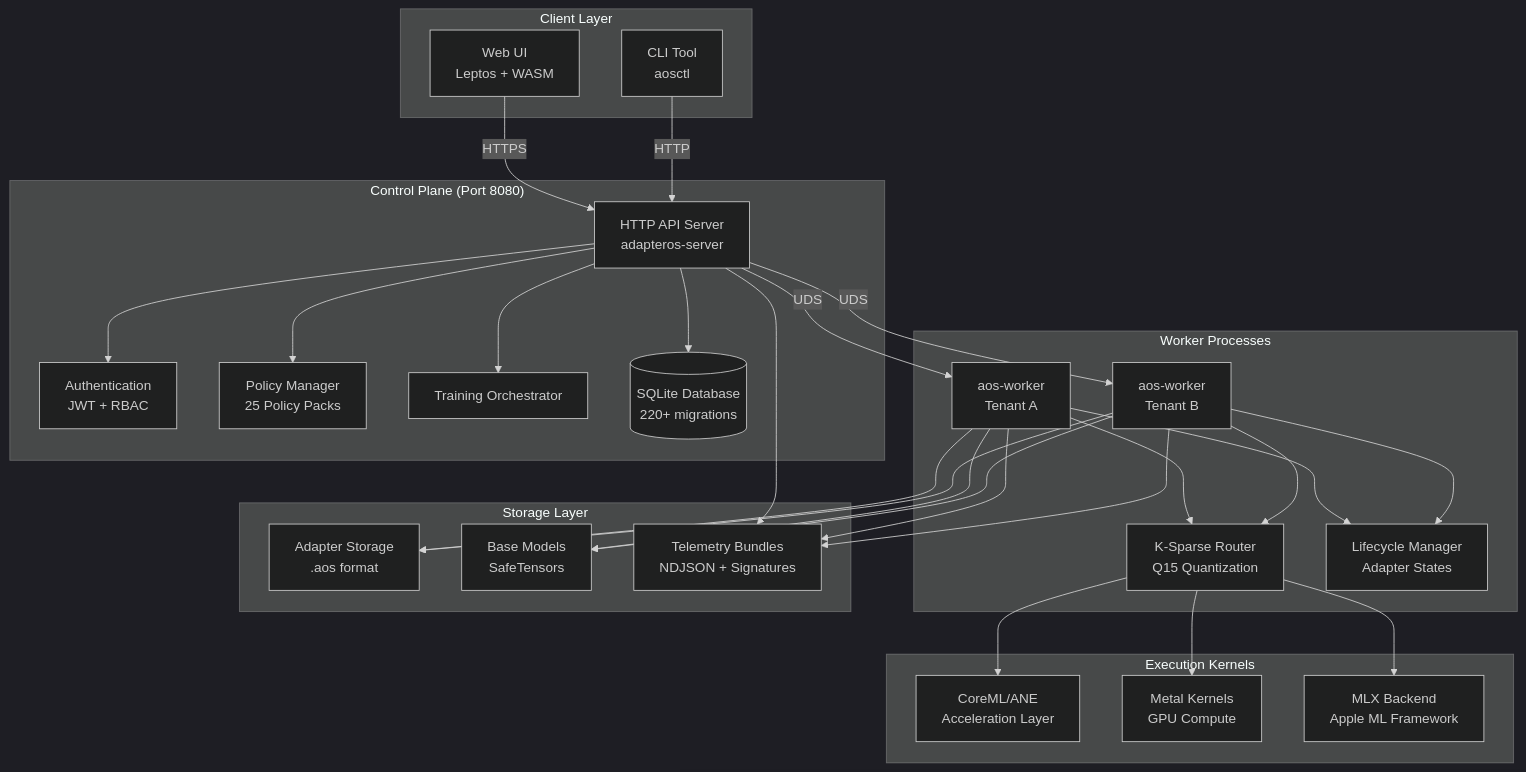
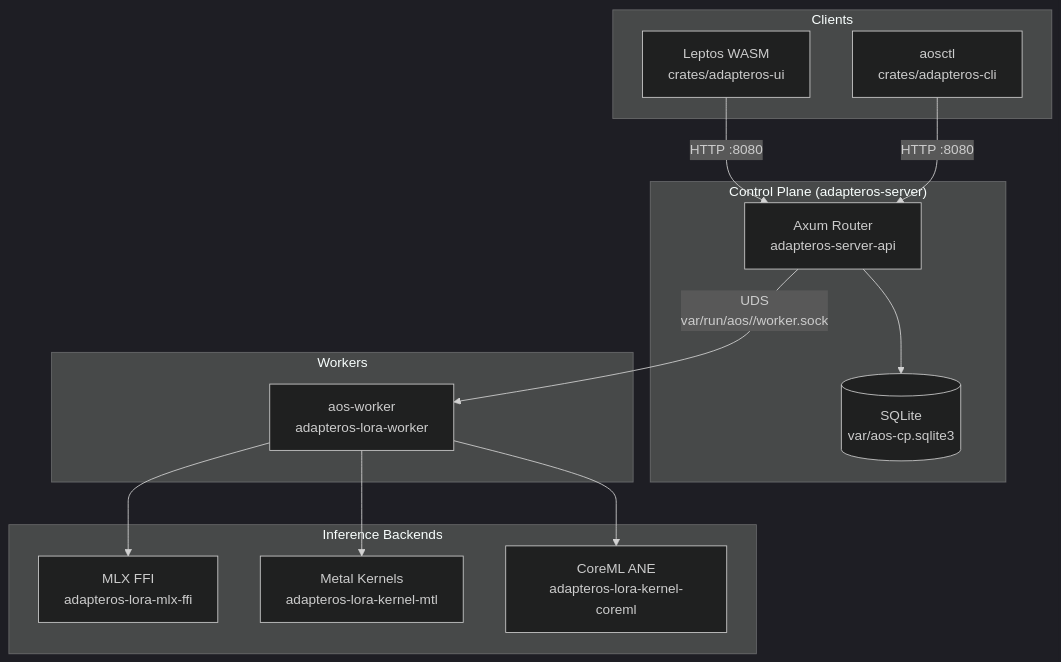
Before and after one commit to rogu3bear/adapter-os: the first of 6 diagrams in docs/ARCHITECTURE.md, drawn with Mermaid (dark theme). The commit also changed other lines of this file and 30 other files, not shown here.

````diff
--- a/docs/ARCHITECTURE.md
+++ b/docs/ARCHITECTURE.md
@@ -53,62 +9,30 @@
 ```mermaid
-graph TB
-    subgraph "Client Layer"
-        UI[Web UI<br/>Leptos + WASM]
-        CLI[CLI Tool<br/>aosctl]
+flowchart TB
+    subgraph Clients["Clients"]
+        UI["Leptos WASM<br/>crates/adapteros-ui"]
+        CLI["aosctl<br/>crates/adapteros-cli"]
     end
 
-    subgraph "Control Plane (Port 8080)"
-        API[HTTP API Server<br/>adapteros-server]
-        Auth[Authentication<br/>JWT + RBAC]
-        Policy[Policy Manager<br/>25 Policy Packs]
-        Orchestrator[Training Orchestrator]
-        DB[(SQLite Database<br/>220+ migrations)]
+    subgraph CP["Control Plane (adapteros-server)"]
+        API["Axum Router<br/>adapteros-server-api"]
+        DB[(SQLite<br/>var/aos-cp.sqlite3)]
     end
 
-    subgraph "Worker Processes"
-        Worker1[aos-worker<br/>Tenant A]
-        Worker2[aos-worker<br/>Tenant B]
-        Router[K-Sparse Router<br/>Q15 Quantization]
-        Lifecycle[Lifecycle Manager<br/>Adapter States]
+    subgraph Workers["Workers"]
+        W["aos-worker<br/>adapteros-lora-worker"]
     end
 
-    subgraph "Execution Kernels"
-        CoreML[CoreML/ANE<br/>Acceleration Layer]
-        Metal[Metal Kernels<br/>GPU Compute]
-        MLX[MLX Backend<br/>Apple ML Framework]
+    subgraph Backends["Inference Backends"]
+        MLX["MLX FFI<br/>adapteros-lora-mlx-ffi"]
+        MTL["Metal Kernels<br/>adapteros-lora-kernel-mtl"]
+        CML["CoreML ANE<br/>adapteros-lora-kernel-coreml"]
     end
 
-    subgraph "Storage Layer"
-        Adapters[Adapter Storage<br/>.aos format]
-        Models[Base Models<br/>SafeTensors]
-        Telemetry[Telemetry Bundles<br/>NDJSON + Signatures]
-    end
-
-    UI -->|HTTPS| API
-    CLI -->|HTTP| API
-    API --> Auth
-    API --> Policy
-    API --> Orchestrator
+    UI -->|"HTTP :8080"| API
+    CLI -->|"HTTP :8080"| API
+    API -->|"UDS<br/>var/run/aos/<tenant>/worker.sock"| W
+    W --> MLX
+    W --> MTL
+    W --> CML
     API --> DB
-
-    API -->|UDS| Worker1
-    API -->|UDS| Worker2
-
-    Worker1 --> Router
-    Worker1 --> Lifecycle
-    Worker2 --> Router
-    Worker2 --> Lifecycle
-
-    Router --> CoreML
-    Router --> Metal
-    Router --> MLX
-
-    Worker1 --> Adapters
-    Worker1 --> Models
-    Worker2 --> Adapters
-    Worker2 --> Models
-
-    API --> Telemetry
-    Worker1 --> Telemetry
-    Worker2 --> Telemetry
 ```
````
